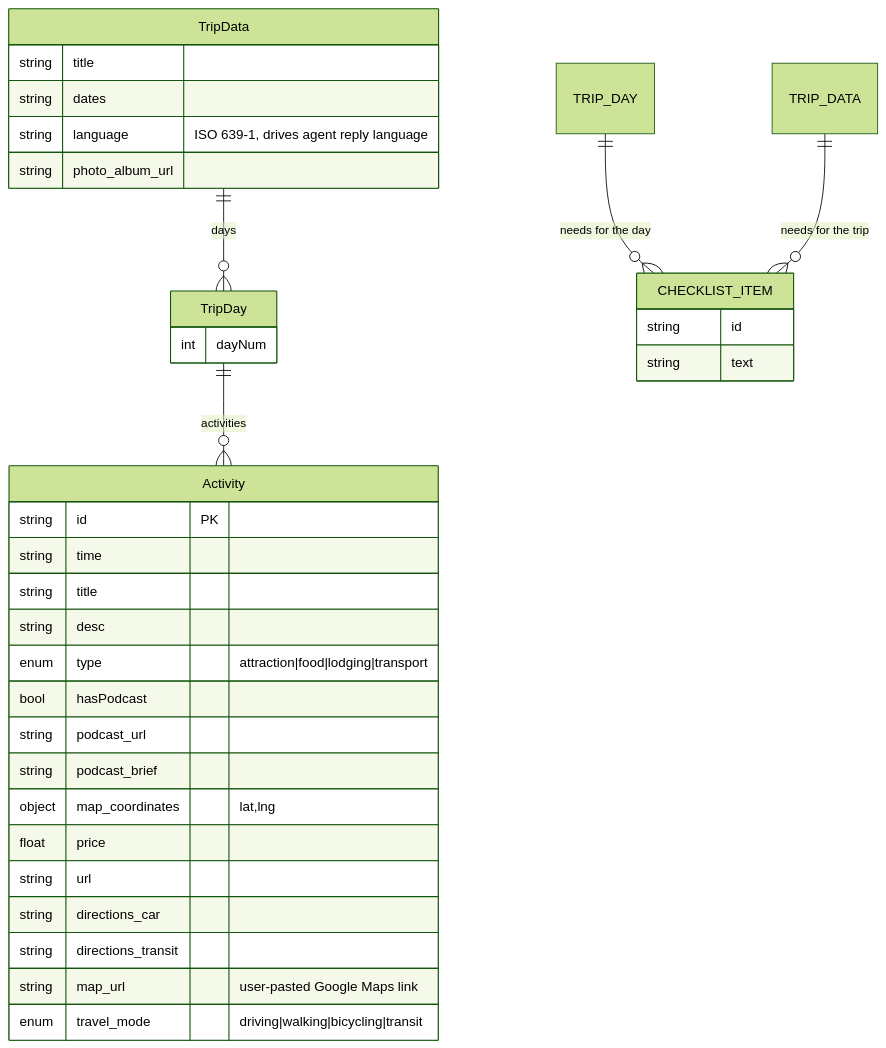
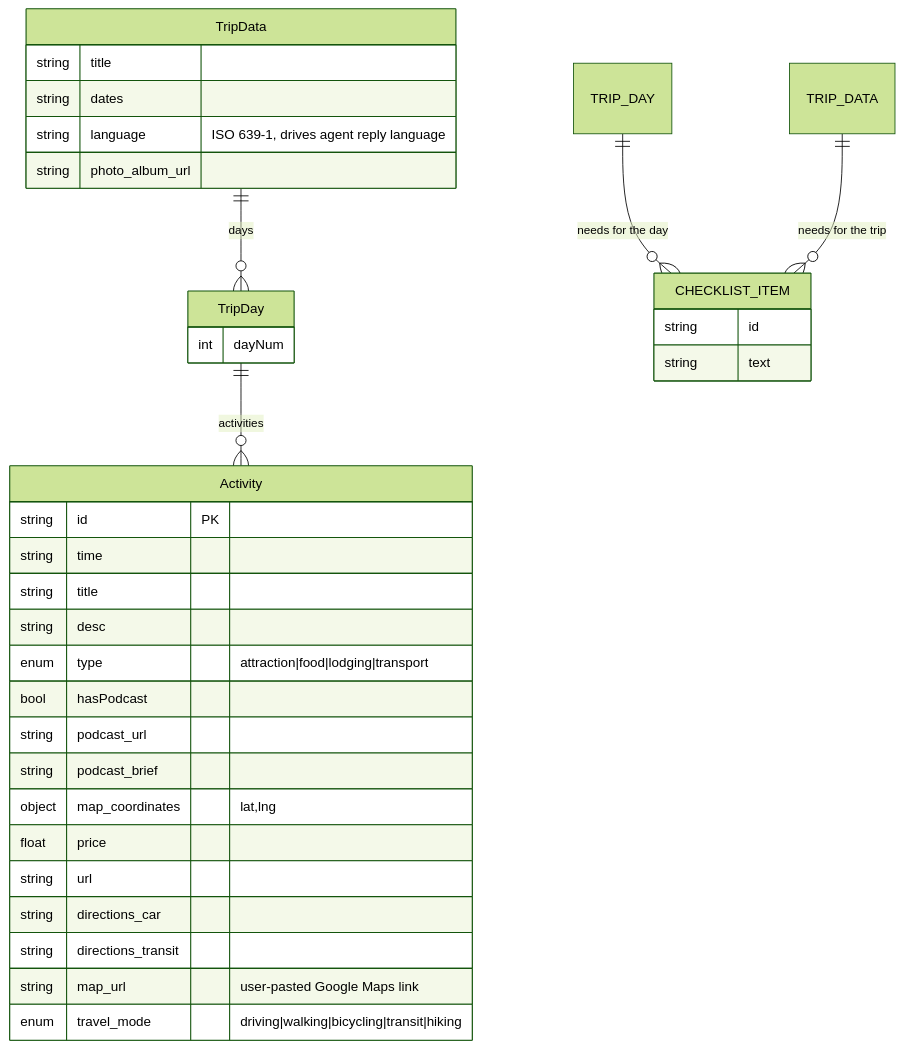
Before and after one commit to joka-7/AppMyTrip: the fourth of 5 diagrams in docs/HLD.md, drawn with Mermaid (forest theme). The commit also changed other lines of this file and 170 other files, not shown here.

````diff
--- a/docs/HLD.md
+++ b/docs/HLD.md
@@ -203,38 +171,38 @@
 ```mermaid
 erDiagram
     TripData ||--o{ TripDay : days
     TripDay ||--o{ Activity : activities
 
     TripData {
         string title
         string dates
         string language "ISO 639-1, drives agent reply language"
         string photo_album_url
     }
     TripDay {
         int dayNum
     }
     Activity {
         string id PK
         string time
         string title
         string desc
         enum type "attraction|food|lodging|transport"
         bool hasPodcast
         string podcast_url
         string podcast_brief
         object map_coordinates "lat,lng"
         float price
         string url
         string directions_car
         string directions_transit
         string map_url "user-pasted Google Maps link"
-        enum travel_mode "driving|walking|bicycling|transit"
+        enum travel_mode "driving|walking|bicycling|transit|hiking"
     }
     TRIP_DAY ||--o{ CHECKLIST_ITEM : "needs for the day"
     TRIP_DATA ||--o{ CHECKLIST_ITEM : "needs for the trip"
     CHECKLIST_ITEM {
         string id
         string text
     }
 ```
````
